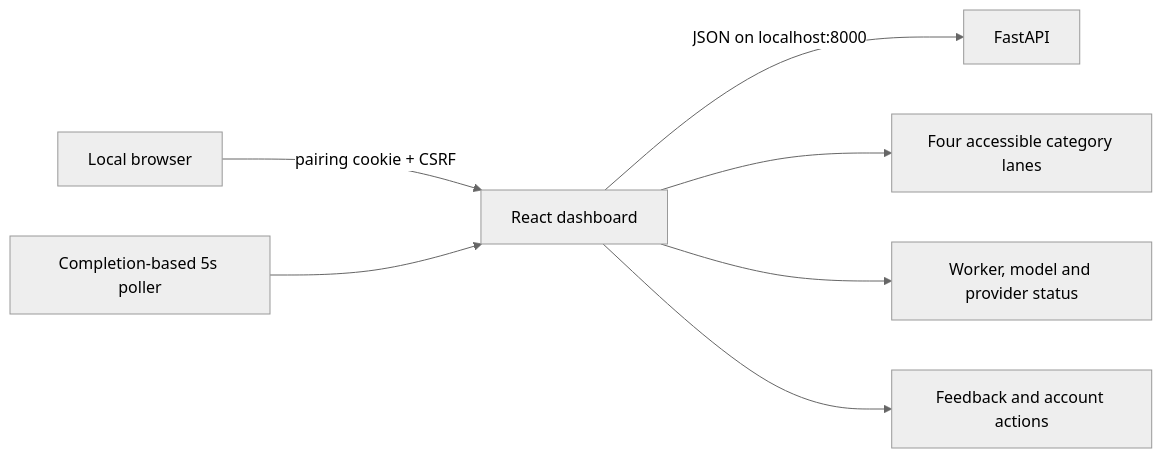
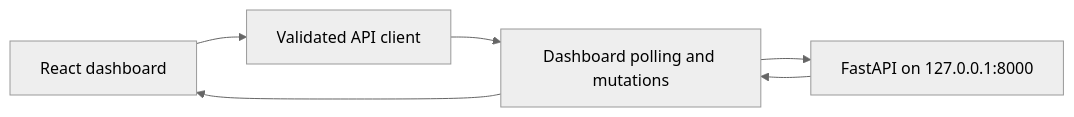
The diagram in frontend/README.md (Priyanshh1407/MailMind), drawn with Mermaid (neutral theme) before and after one commit. The commit also changed other lines of this file and 81 other files, not shown here.

````diff
--- a/frontend/README.md
+++ b/frontend/README.md
@@ -10,9 +25,13 @@
-```mermaid
+~~~mermaid
 flowchart LR
-  Browser[Local browser] -->|pairing cookie + CSRF| Client[React dashboard]
-  Client -->|JSON on localhost:8000| API[FastAPI]
-  Poller[Completion-based 5s poller] --> Client
-  Client --> Board[Four accessible category lanes]
-  Client --> Status[Worker, model and provider status]
-  Client --> Actions[Feedback and account actions]
-```
+  Browser[React dashboard]
+  APIClient[Validated API client]
+  Hook[Dashboard polling and mutations]
+  API[FastAPI on 127.0.0.1:8000]
+
+  Browser --> APIClient
+  APIClient --> Hook
+  Hook --> API
+  API --> Hook
+  Hook --> Browser
+~~~
````
